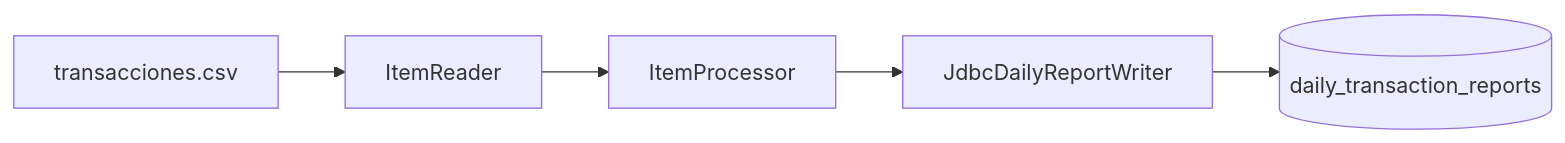
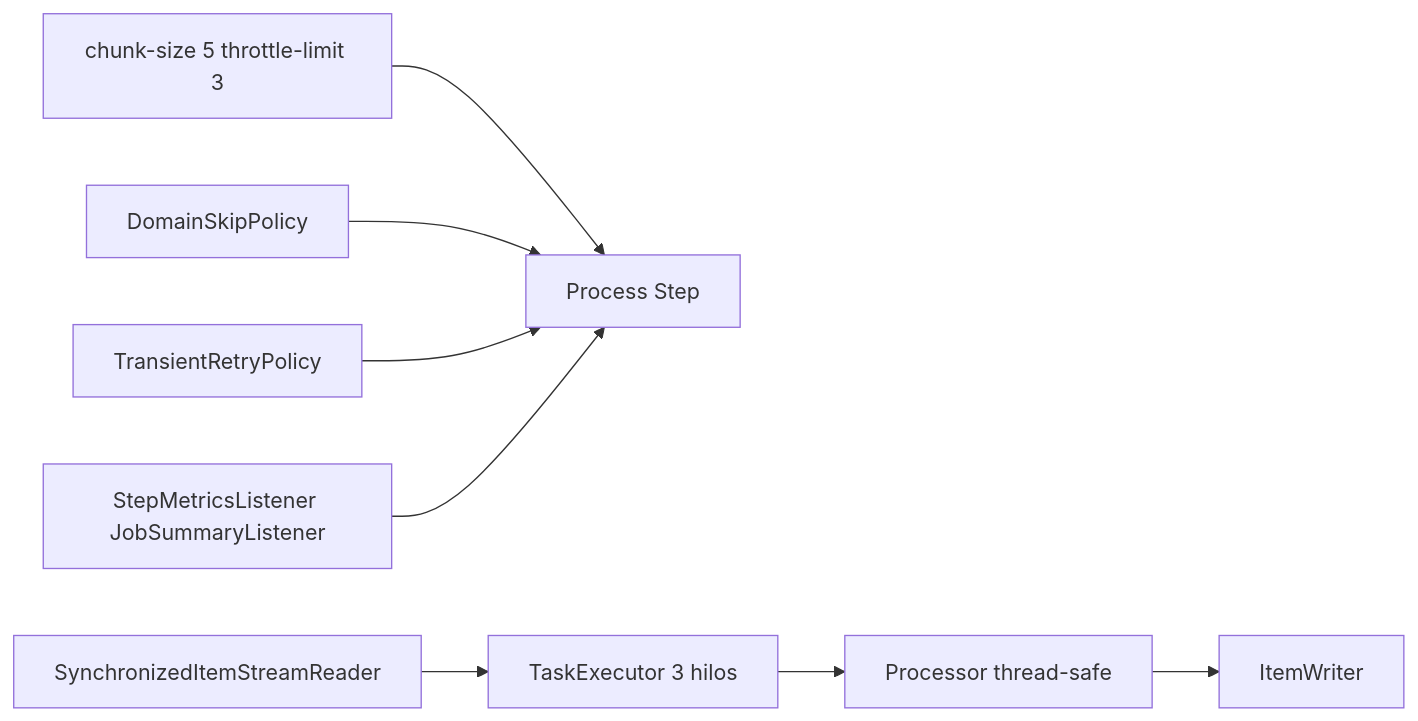
The second of 2 diagrams in docs/jobs.md (L0ncho/xyz_bank_data_migration), drawn with Mermaid before and after one commit. The commit also changed other lines of this file and 37 other files, not shown here.

Commit message:
feat: harden batch jobs with skip/retry, MT steps, and perf tooling

````diff
--- a/docs/jobs.md
+++ b/docs/jobs.md
@@ -35,7 +27,10 @@
 ```mermaid
 flowchart LR
-    csv[transacciones.csv] --> reader[ItemReader]
-    reader --> processor[ItemProcessor]
-    processor --> writer[JdbcDailyReportWriter]
-    writer --> table[(daily_transaction_reports)]
+    yml[chunk-size 5 throttle-limit 3] --> step[Process Step]
+    syncReader[SynchronizedItemStreamReader] --> pool[TaskExecutor 3 hilos]
+    pool --> processor[Processor thread-safe]
+    processor --> writer[ItemWriter]
+    skipPol[DomainSkipPolicy] --> step
+    retryPol[TransientRetryPolicy] --> step
+    metrics[StepMetricsListener JobSummaryListener] --> step
 ```
````
